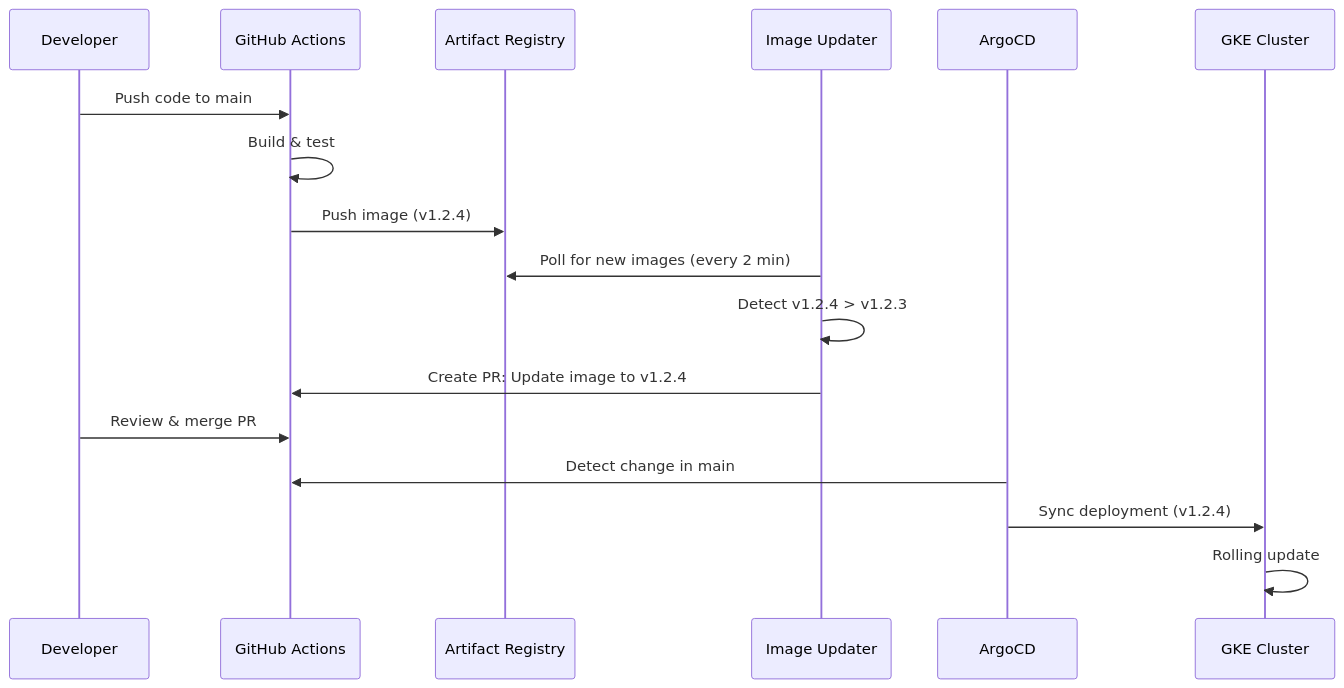
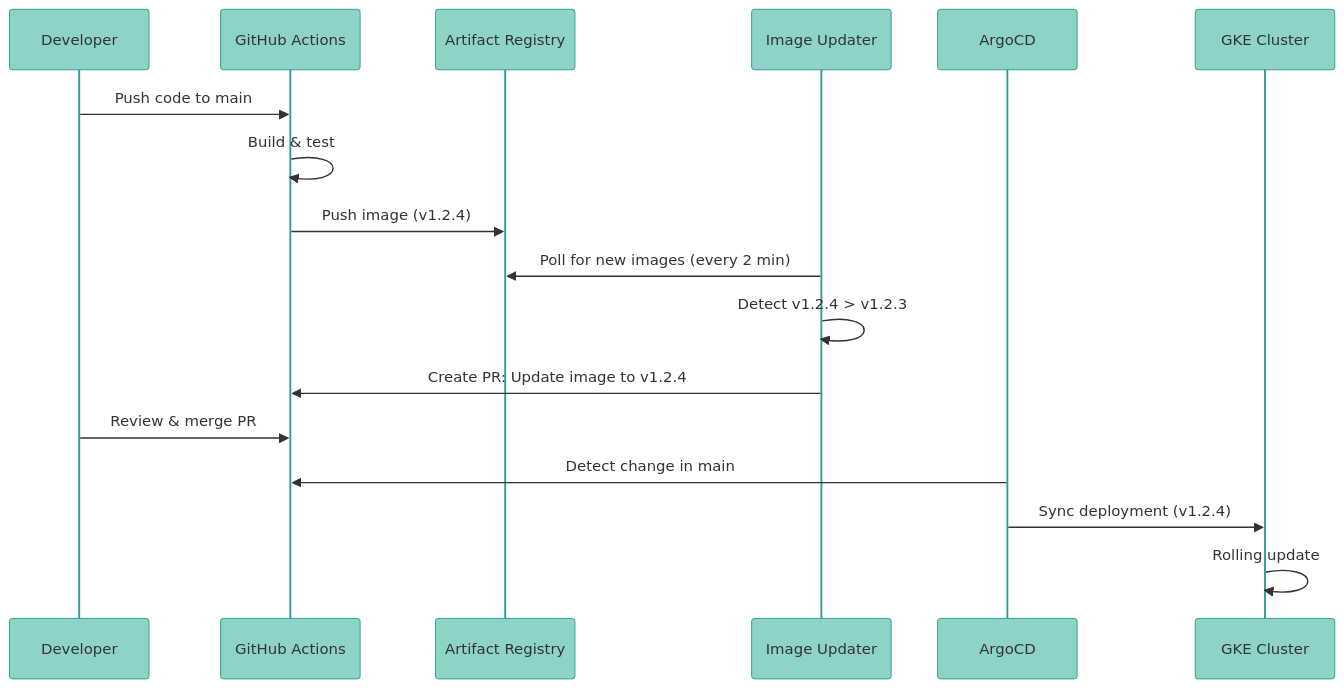
Before and after one commit to vishnu2kmohan/mcp-server-langgraph: the second of 2 diagrams in docs/deployment/gitops-argocd.mdx, drawn with Mermaid. The commit also changed other lines of this file and 13 other files, not shown here.

First line of the commit message:
docs: apply ColorBrewer2 Set3 styling to all remaining diagrams and enforce standards

````diff
--- a/docs/deployment/gitops-argocd.mdx
+++ b/docs/deployment/gitops-argocd.mdx
@@ -483,20 +494,29 @@
 ```mermaid
+%%{init: {'theme':'base', 'themeVariables': {
+  'primaryColor':'#8dd3c7',
+  'primaryTextColor':'#333',
+  'primaryBorderColor':'#2a9d8f',
+  'lineColor':'#fb8072',
+  'secondaryColor':'#fdb462',
+  'tertiaryColor':'#b3de69',
+  'fontSize':'14px'
+}}}%%
 sequenceDiagram
     participant Dev as Developer
     participant GH as GitHub Actions
     participant AR as Artifact Registry
     participant IU as Image Updater
     participant AG as ArgoCD
     participant GKE as GKE Cluster
 
     Dev->>GH: Push code to main
     GH->>GH: Build & test
     GH->>AR: Push image (v1.2.4)
     IU->>AR: Poll for new images (every 2 min)
     IU->>IU: Detect v1.2.4 > v1.2.3
     IU->>GH: Create PR: Update image to v1.2.4
     Dev->>GH: Review & merge PR
     AG->>GH: Detect change in main
     AG->>GKE: Sync deployment (v1.2.4)
     GKE->>GKE: Rolling update
 ```
````
